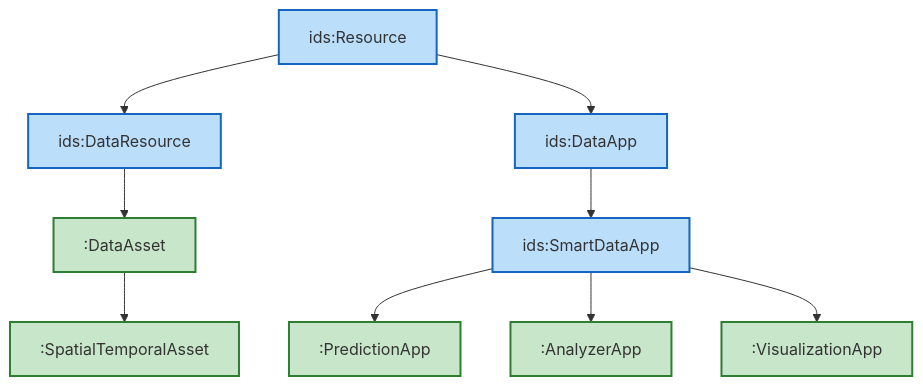
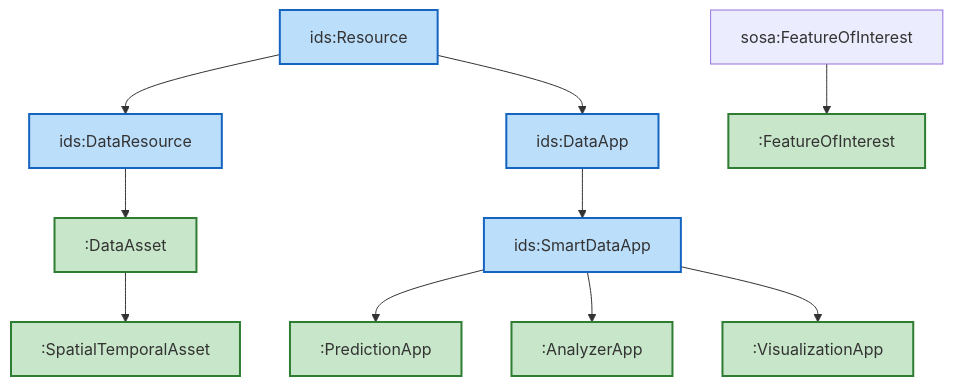
The first of 11 diagrams in docs/ONTOLOGY_OVERVIEW_DIAGRAM_ES.md (KhaosResearch/EDAAnOWL), drawn with Mermaid before and after one commit. The commit also changed other lines of this file and 19 other files, not shown here.

First line of the commit message:
feat!: incorporate Feature of Interest (SOSA/SSN) and release v0.9.0

````diff
--- a/docs/ONTOLOGY_OVERVIEW_DIAGRAM_ES.md
+++ b/docs/ONTOLOGY_OVERVIEW_DIAGRAM_ES.md
@@ -11,29 +11,31 @@
 ```mermaid
 flowchart TD
     classDef idsa fill:#bbdefb,stroke:#1565c0,stroke-width:2px
     classDef edaan fill:#c8e6c9,stroke:#2e7d32,stroke-width:2px
 
     R["ids:Resource"]
     DR["ids:DataResource"]
     DA["ids:DataApp"]
     SDA["ids:SmartDataApp"]
 
     R --> DR
     R --> DA
     DA --> SDA
 
     DataAsset[":DataAsset"]
     STA[":SpatialTemporalAsset"]
     PA[":PredictionApp"]
     AA[":AnalyzerApp"]
     VA[":VisualizationApp"]
+    FOI[":FeatureOfInterest"]
 
     DR --> DataAsset
     DataAsset --> STA
     SDA --> PA
     SDA --> AA
     SDA --> VA
+    SOSA_FOI["sosa:FeatureOfInterest"] --> FOI
 
     class R,DR,DA,SDA idsa
-    class DataAsset,STA,PA,AA,VA edaan
+    class DataAsset,STA,PA,AA,VA,FOI edaan
 ```
````
